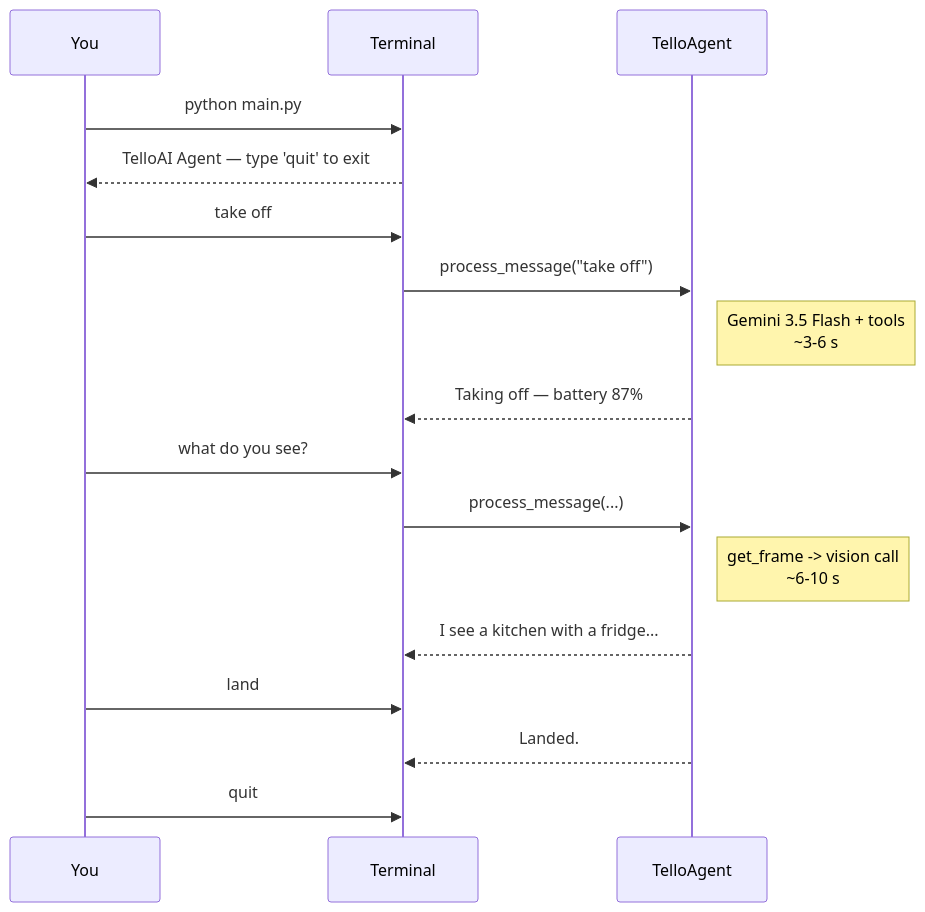
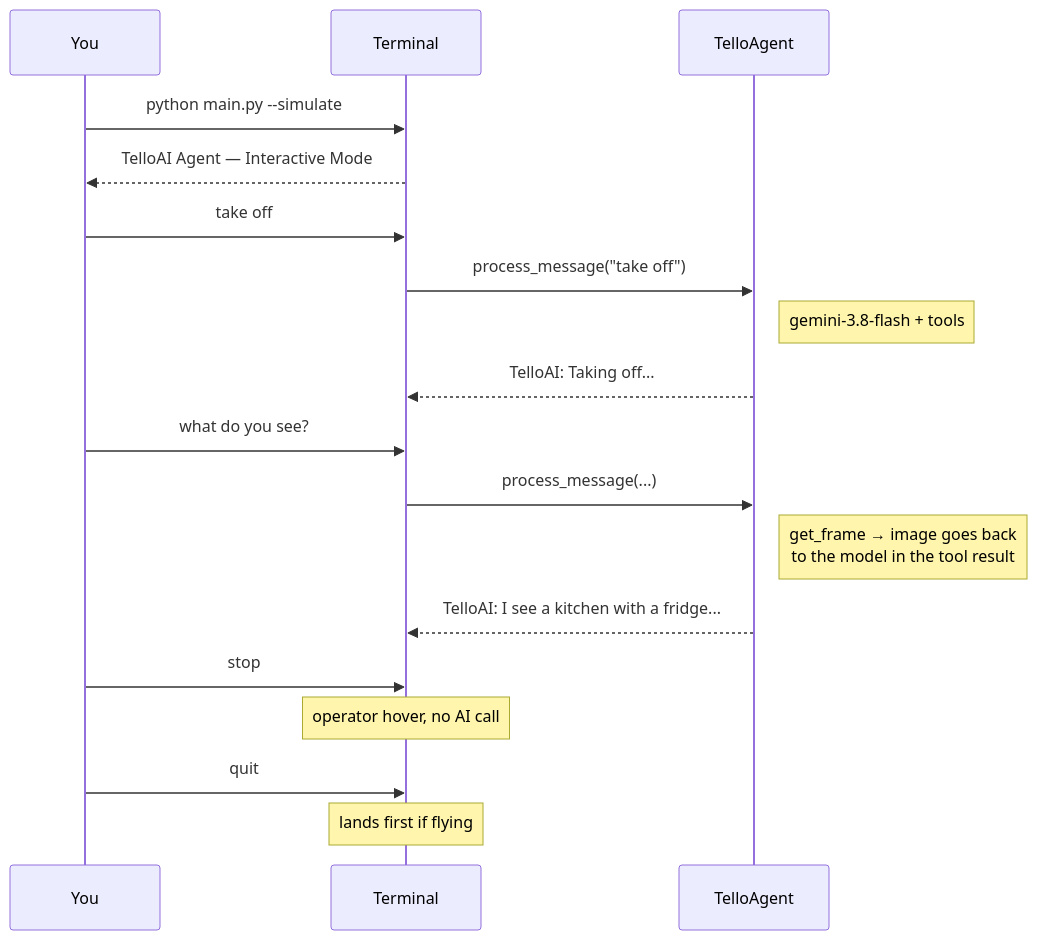
Before and after one commit to AyushRajgor/Tello-autonomous: the second of 5 diagrams in docs/user-flows.md, drawn with Mermaid. The commit also changed other lines of this file and 50 other files, not shown here.

````diff
--- a/docs/user-flows.md
+++ b/docs/user-flows.md
@@ -55,19 +70,20 @@
 ```mermaid
 sequenceDiagram
     participant U as You
     participant T as Terminal
     participant Ag as TelloAgent
-    U->>T: python main.py
-    T-->>U: TelloAI Agent — type 'quit' to exit
+    U->>T: python main.py --simulate
+    T-->>U: TelloAI Agent — Interactive Mode
     U->>T: take off
     T->>Ag: process_message("take off")
-    Note right of Ag: Gemini 3.5 Flash + tools<br/>~3-6 s
-    Ag-->>T: Taking off — battery 87%
+    Note right of Ag: gemini-3.8-flash + tools
+    Ag-->>T: TelloAI: Taking off...
     U->>T: what do you see?
     T->>Ag: process_message(...)
-    Note right of Ag: get_frame -> vision call<br/>~6-10 s
-    Ag-->>T: I see a kitchen with a fridge...
-    U->>T: land
-    Ag-->>T: Landed.
+    Note right of Ag: get_frame → image goes back<br/>to the model in the tool result
+    Ag-->>T: TelloAI: I see a kitchen with a fridge...
+    U->>T: stop
+    Note over T: operator hover, no AI call
     U->>T: quit
+    Note over T: lands first if flying
 ```
````
